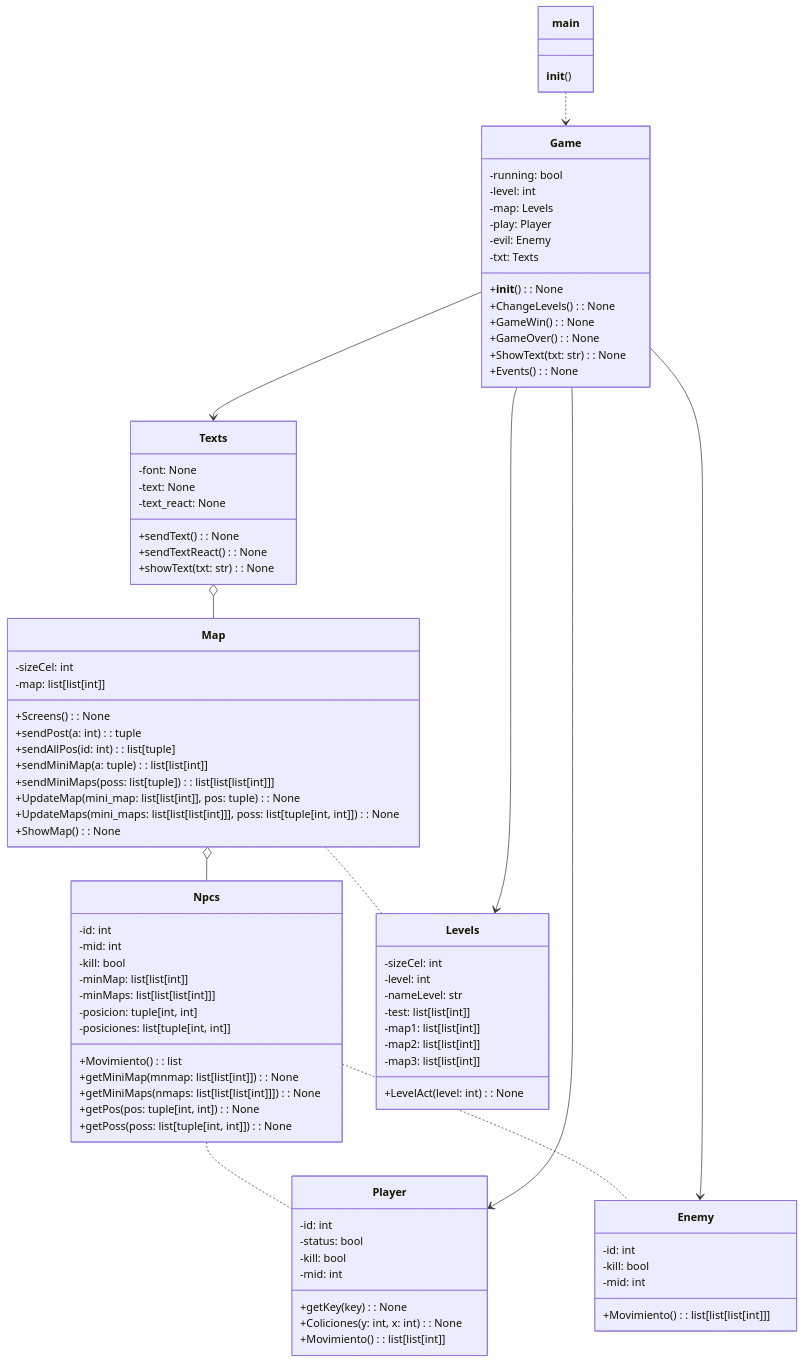
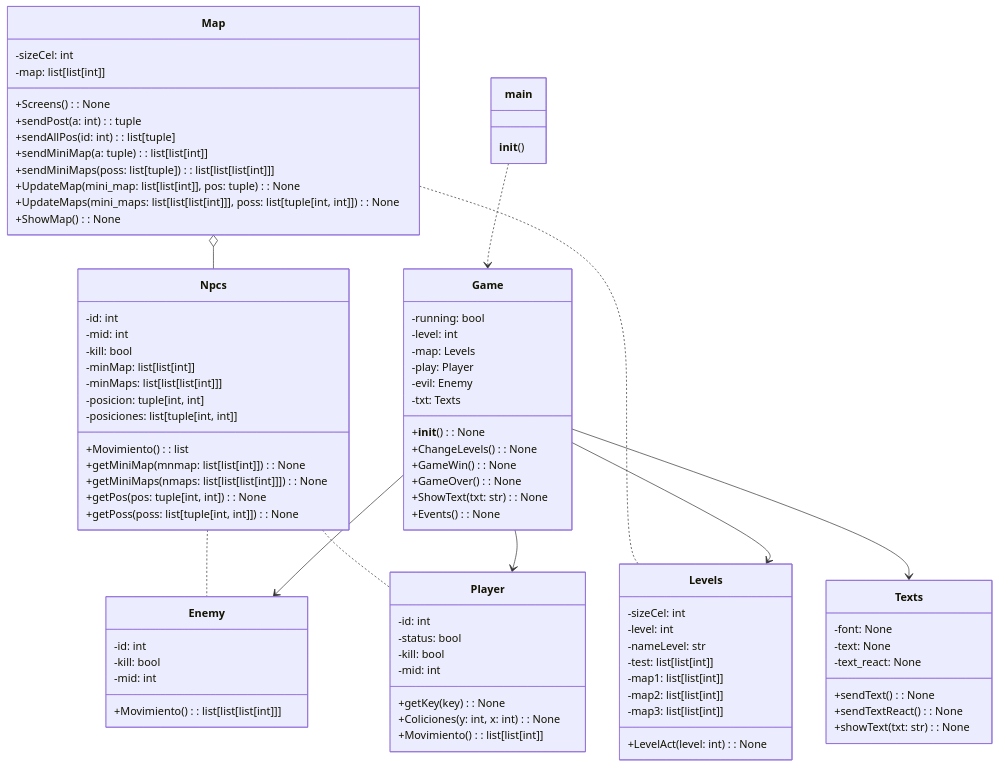
One commit to noneda/try-pygame changed the second of 3 diagrams in README.md. Above: the diagram before and after it, drawn with Mermaid.

```diff
--- a/README.md
+++ b/README.md
@@ -269,7 +269,6 @@
     Npcs .. Enemy
     Npcs .. Player
     Map .. Levels
-    Texts o-- Map
     Game --> Levels
     Game --> Player
     Game --> Enemy
```
